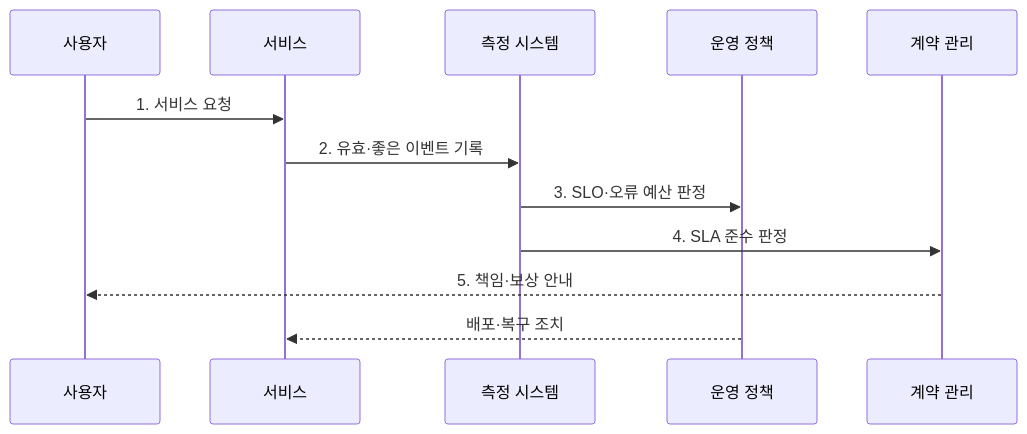
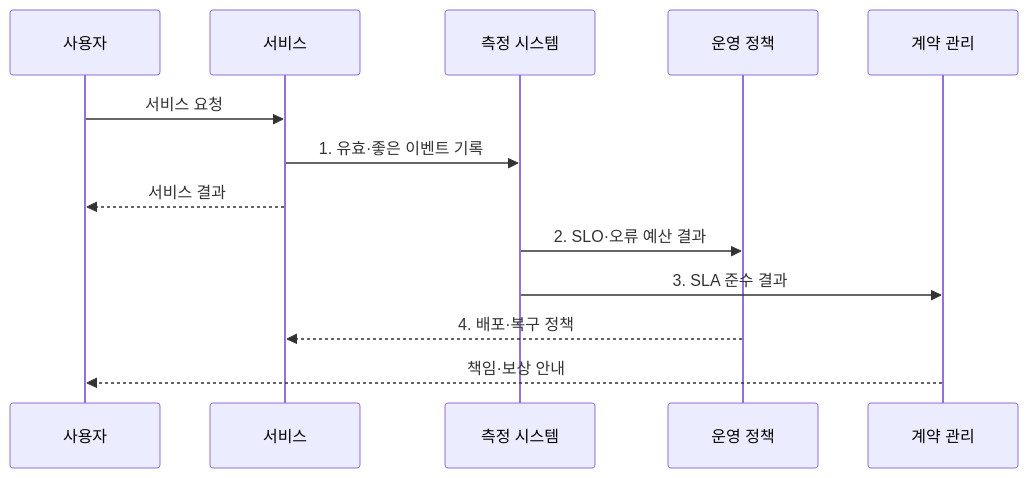
The second of 2 diagrams in src/content/docs/notes/03-software/165_slo_sla_sli.md (agnusdei1207/knowledge-base), drawn with Mermaid before and after one commit. The commit also changed other lines of this file and 20 other files, not shown here.

````diff
--- a/src/content/docs/notes/03-software/165_slo_sla_sli.md
+++ b/src/content/docs/notes/03-software/165_slo_sla_sli.md
@@ -81,14 +82,15 @@
 ```mermaid
 sequenceDiagram
     participant U as 사용자
     participant S as 서비스
     participant M as 측정 시스템
     participant O as 운영 정책
     participant C as 계약 관리
-    U->>S: 1. 서비스 요청
-    S->>M: 2. 유효·좋은 이벤트 기록
-    M->>O: 3. SLO·오류 예산 판정
-    M->>C: 4. SLA 준수 판정
-    C-->>U: 5. 책임·보상 안내
-    O-->>S: 배포·복구 조치
+    U->>S: 서비스 요청
+    S->>M: 1. 유효·좋은 이벤트 기록
+    S-->>U: 서비스 결과
+    M->>O: 2. SLO·오류 예산 결과
+    M->>C: 3. SLA 준수 결과
+    O-->>S: 4. 배포·복구 정책
+    C-->>U: 책임·보상 안내
 ```
````
